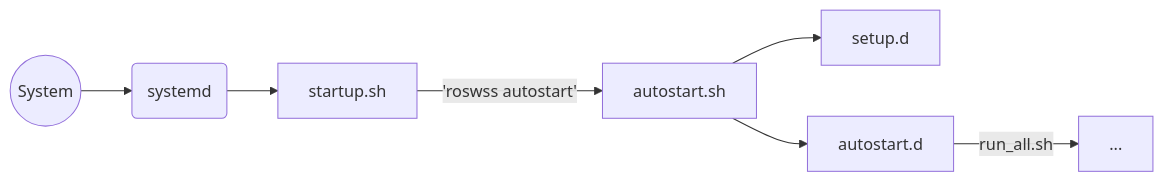
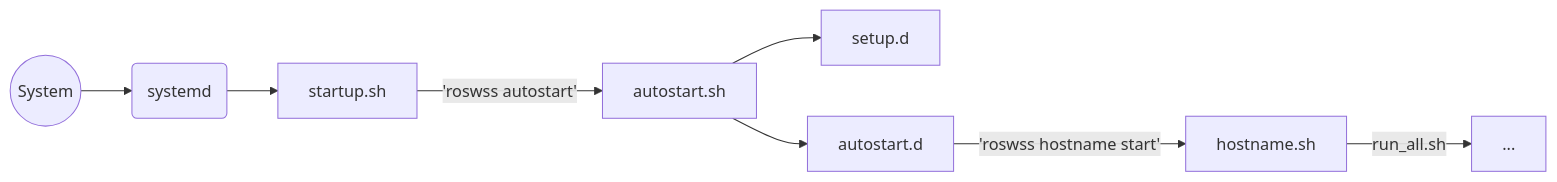
The diagram in README.md (tu-darmstadt-ros-pkg/workspace_scripts), drawn with Mermaid before and after one commit. The commit also changed other lines of this file, not shown here.

````diff
--- a/README.md
+++ b/README.md
@@ -184,9 +216,12 @@
 ```mermaid
 graph LR
 X((System)) --> A
 A(systemd) --> B
 B[startup.sh] -- 'roswss autostart' --> C
-C[autostart.sh] --> D[setup.d]
-C --> E
-E[autostart.d] -- run_all.sh --> F[...]
+C[autostart.sh] --> D
+C[autostart.sh] --> E
+D[setup.d]
+E[autostart.d] -- 'roswss hostname start' --> F
+F[hostname.sh]  -- run_all.sh --> G
+G[...]
 ```
````
